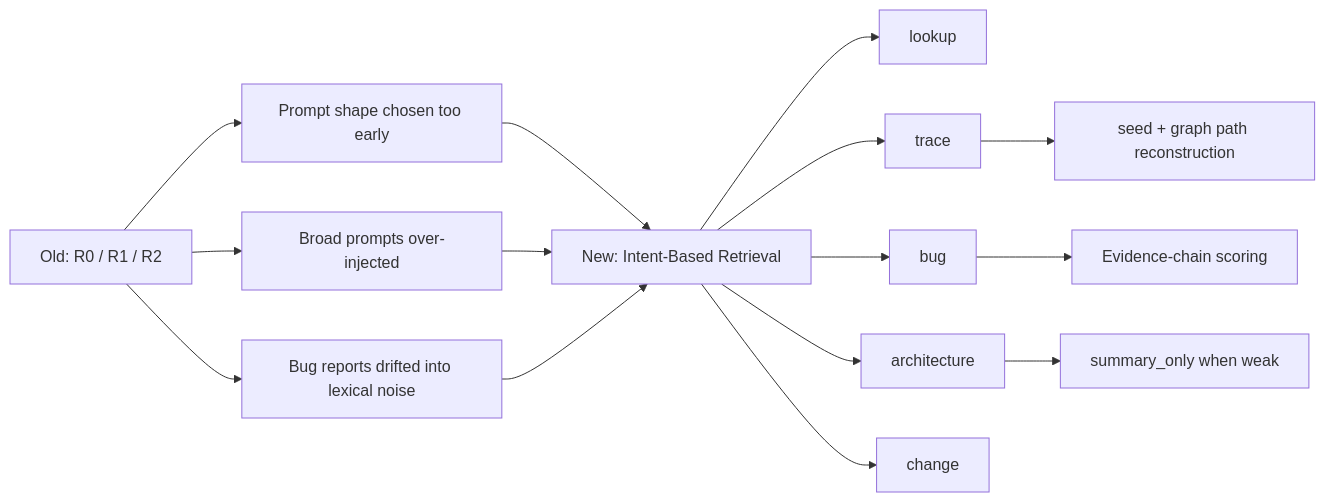
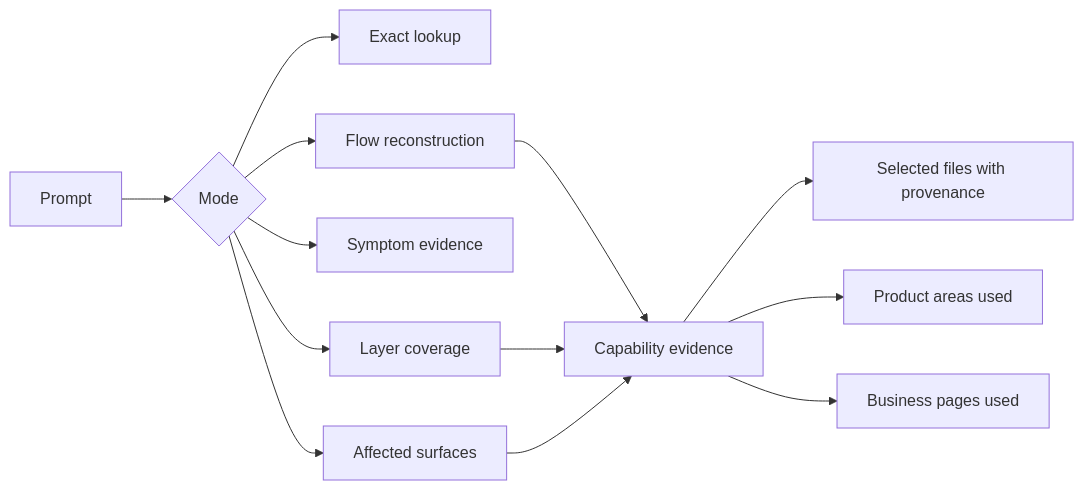
The second of 2 diagrams in README.md (proofofwork-agency/reporecall), drawn with Mermaid before and after one commit. The commit also changed other lines of this file and 60 other files, not shown here.

First line of the commit message:
release: v0.7.1 — capability evidence + business context export + self-eval patches

````diff
--- a/README.md
+++ b/README.md
@@ -145,17 +184,23 @@
 ```mermaid
 flowchart LR
-  Old["Old: R0 / R1 / R2"] --> Problem1["Prompt shape chosen too early"]
-  Old --> Problem2["Broad prompts over-injected"]
-  Old --> Problem3["Bug reports drifted into lexical noise"]
-  Problem1 --> New["New: Intent-Based Retrieval"]
-  Problem2 --> New
-  Problem3 --> New
-  New --> Lookup["lookup"]
-  New --> Trace["trace"]
-  New --> Bug["bug"]
-  New --> Architecture["architecture"]
-  New --> Change["change"]
-  Bug --> Evidence["Evidence-chain scoring"]
-  Architecture --> Summary["summary_only when weak"]
-  Trace --> Path["seed + graph path reconstruction"]
+  Query["Prompt"]
+  Mode{"Mode"}
+  Lookup["Exact lookup"]
+  Trace["Flow reconstruction"]
+  Bug["Symptom evidence"]
+  Arch["Layer coverage"]
+  Change["Affected surfaces"]
+
+  Query --> Mode
+  Mode --> Lookup
+  Mode --> Trace
+  Mode --> Bug
+  Mode --> Arch
+  Mode --> Change
+  Trace --> Resolver["Capability evidence"]
+  Arch --> Resolver
+  Change --> Resolver
+  Resolver --> Files["Selected files with provenance"]
+  Resolver --> Areas["Product areas used"]
+  Resolver --> Pages["Business pages used"]
 ```
````
